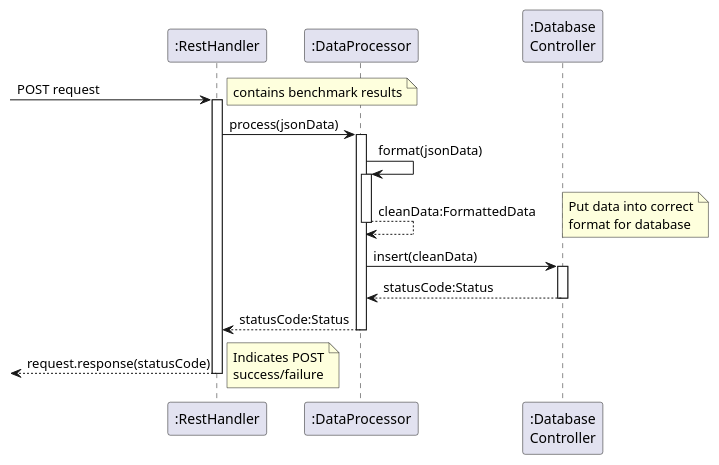
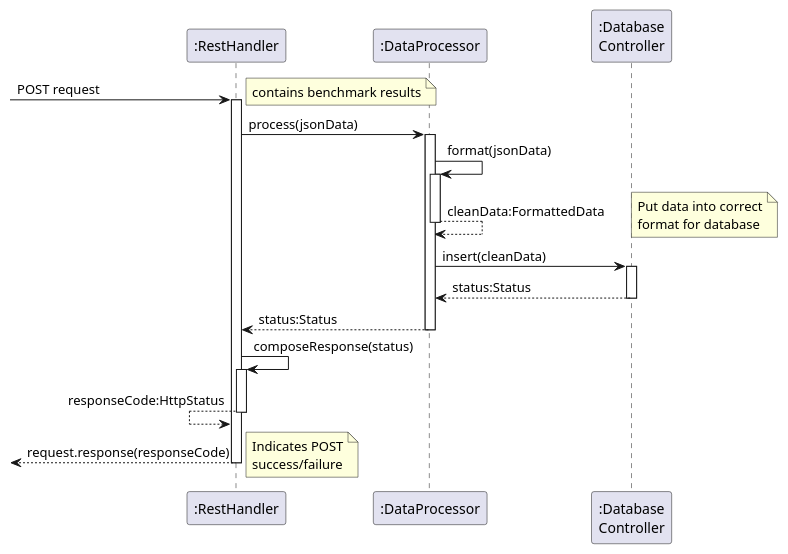
The diagram in Design/plantuml/FR4.puml (pse-parkview/Parkview), drawn with PlantUML before and after one commit.

Commit message:
RestHandler now turns the program's response into a http status to respond to the POST request with

```diff
--- a/Design/plantuml/FR4.puml
+++ b/Design/plantuml/FR4.puml
@@ -1,26 +1,28 @@
 @startuml fr4
 
 skinparam responseMessageBelowArrow true
 
 participant ":RestHandler" as rh
 participant ":DataProcessor" as dp
 participant ":Database\nController" as db
 
 
 -> rh ++: POST request
 note left: contains benchmark results
 
 rh -> dp ++: process(jsonData)
 dp -> dp ++: format(jsonData)
 dp --> dp --: cleanData:FormattedData
 
 note right: Put data into correct\nformat for database
 
 dp -> db ++: insert(cleanData)
-db --> dp --: statusCode:Status
-dp --> rh --: statusCode:Status
+db --> dp --: status:Status
+dp --> rh --: status:Status
+rh -> rh ++: composeResponse(status)
+rh <-- rh --: responseCode:HttpStatus
 
-<-- rh --: request.response(statusCode)
+<-- rh --: request.response(responseCode)
 note left: Indicates POST\nsuccess/failure
 
 @enduml
```
